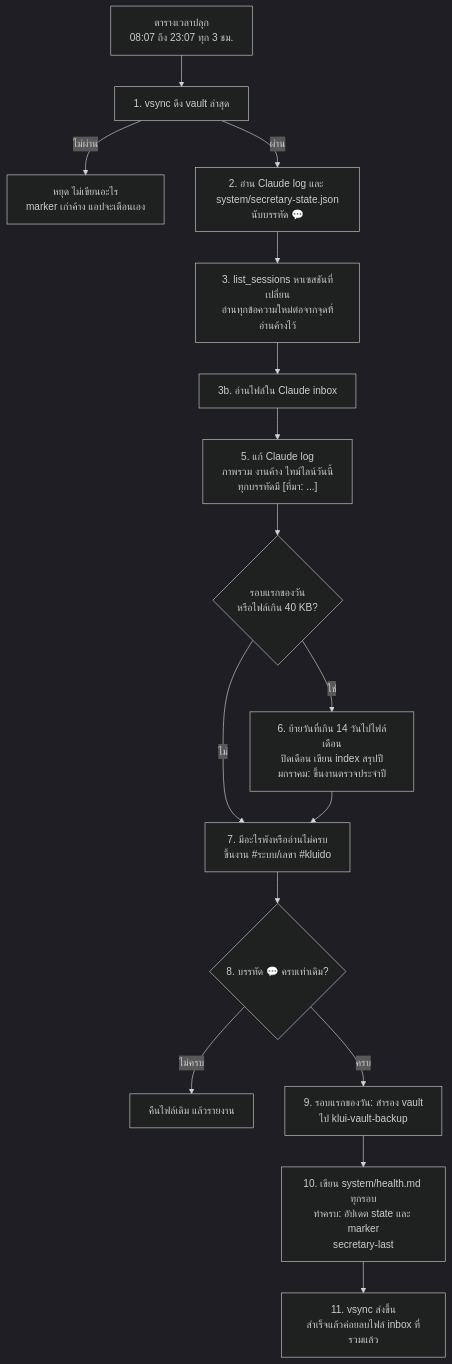
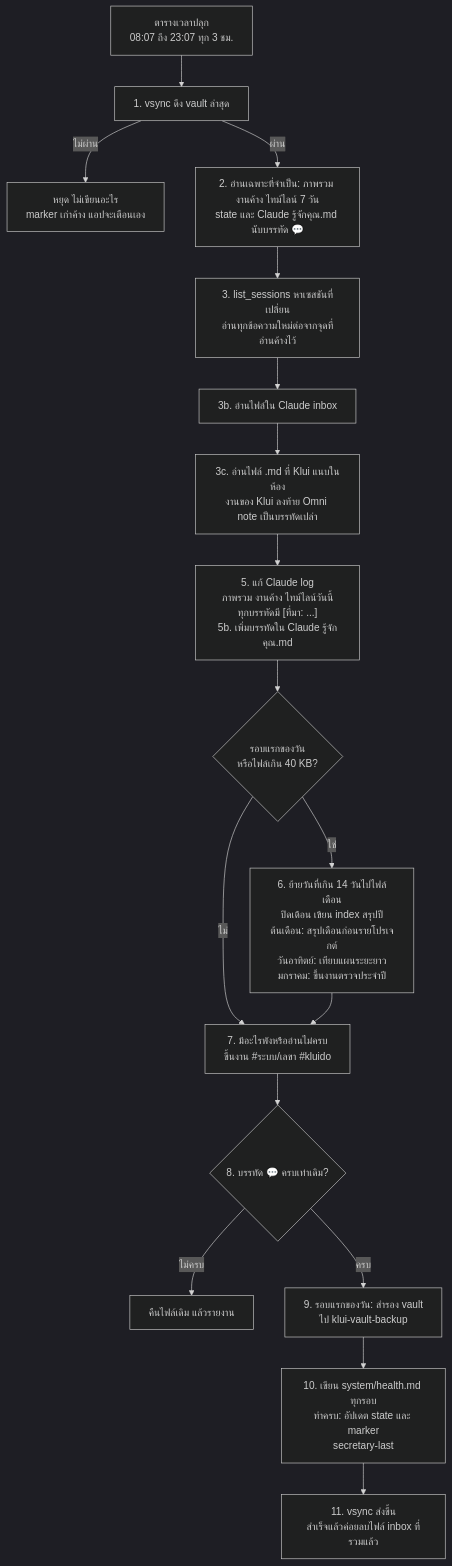
Before and after one commit to klui2543/omni-task: the second of 7 diagrams in docs/vault/Claude/ระบบเลขา.md, drawn with Mermaid (dark theme). The commit also changed other lines of this file and 4 other files, not shown here.

First line of the commit message:
Secretary/10: Claude knows-you note, long-term plan, month condense, room rotation

````diff
--- a/docs/vault/Claude/ระบบเลขา.md
+++ b/docs/vault/Claude/ระบบเลขา.md
@@ -66,18 +72,19 @@
 ```mermaid
 flowchart TD
   T["ตารางเวลาปลุก<br/>08:07 ถึง 23:07 ทุก 3 ชม."] --> S1["1. vsync ดึง vault ล่าสุด"]
   S1 -->|ไม่ผ่าน| STOP["หยุด ไม่เขียนอะไร<br/>marker เก่าค้าง แอปจะเตือนเอง"]
-  S1 -->|ผ่าน| S2["2. อ่าน Claude log และ system/secretary-state.json<br/>นับบรรทัด 💬"]
+  S1 -->|ผ่าน| S2["2. อ่านเฉพาะที่จำเป็น: ภาพรวม งานค้าง ไทม์ไลน์ 7 วัน<br/>state และ Claude รู้จักคุณ.md นับบรรทัด 💬"]
   S2 --> S3["3. list_sessions หาเซสชันที่เปลี่ยน<br/>อ่านทุกข้อความใหม่ต่อจากจุดที่อ่านค้างไว้"]
   S3 --> S3B["3b. อ่านไฟล์ใน Claude inbox"]
-  S3B --> S5["5. แก้ Claude log<br/>ภาพรวม งานค้าง ไทม์ไลน์วันนี้<br/>ทุกบรรทัดมี [ที่มา: ...]"]
+  S3B --> S3C["3c. อ่านไฟล์ .md ที่ Klui แนบในห้อง<br/>งานของ Klui ลงท้าย Omni note เป็นบรรทัดเปล่า"]
+  S3C --> S5["5. แก้ Claude log<br/>ภาพรวม งานค้าง ไทม์ไลน์วันนี้<br/>ทุกบรรทัดมี [ที่มา: ...]<br/>5b. เพิ่มบรรทัดใน Claude รู้จักคุณ.md"]
   S5 --> S6{"รอบแรกของวัน<br/>หรือไฟล์เกิน 40 KB?"}
-  S6 -->|ใช่| TIDY["6. ย้ายวันที่เกิน 14 วันไปไฟล์เดือน<br/>ปิดเดือน เขียน index สรุปปี<br/>มกราคม: ขึ้นงานตรวจประจำปี"]
+  S6 -->|ใช่| TIDY["6. ย้ายวันที่เกิน 14 วันไปไฟล์เดือน<br/>ปิดเดือน เขียน index สรุปปี<br/>ต้นเดือน: สรุปเดือนก่อนรายโปรเจกต์<br/>วันอาทิตย์: เทียบแผนระยะยาว<br/>มกราคม: ขึ้นงานตรวจประจำปี"]
   S6 -->|ไม่| S7
   TIDY --> S7["7. มีอะไรพังหรืออ่านไม่ครบ<br/>ขึ้นงาน #ระบบ/เลขา #kluido"]
   S7 --> S8{"8. บรรทัด 💬 ครบเท่าเดิม?"}
   S8 -->|ไม่ครบ| UNDO["คืนไฟล์เดิม แล้วรายงาน"]
   S8 -->|ครบ| S9["9. รอบแรกของวัน: สำรอง vault<br/>ไป klui-vault-backup"]
   S9 --> S10["10. เขียน system/health.md ทุกรอบ<br/>ทำครบ: อัปเดต state และ marker<br/>secretary-last"]
   S10 --> S11["11. vsync ส่งขึ้น<br/>สำเร็จแล้วค่อยลบไฟล์ inbox ที่รวมแล้ว"]
 ```
````
